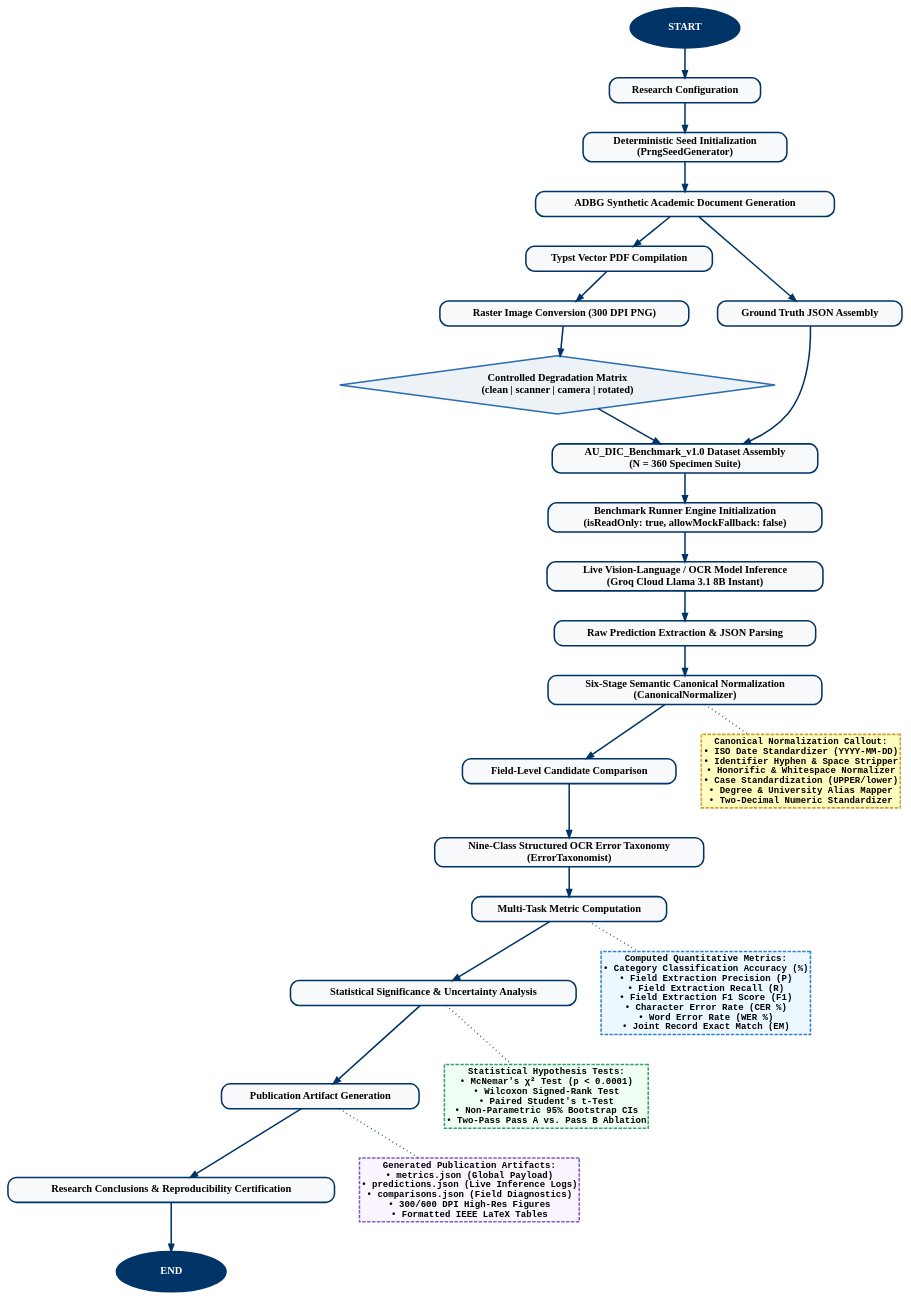
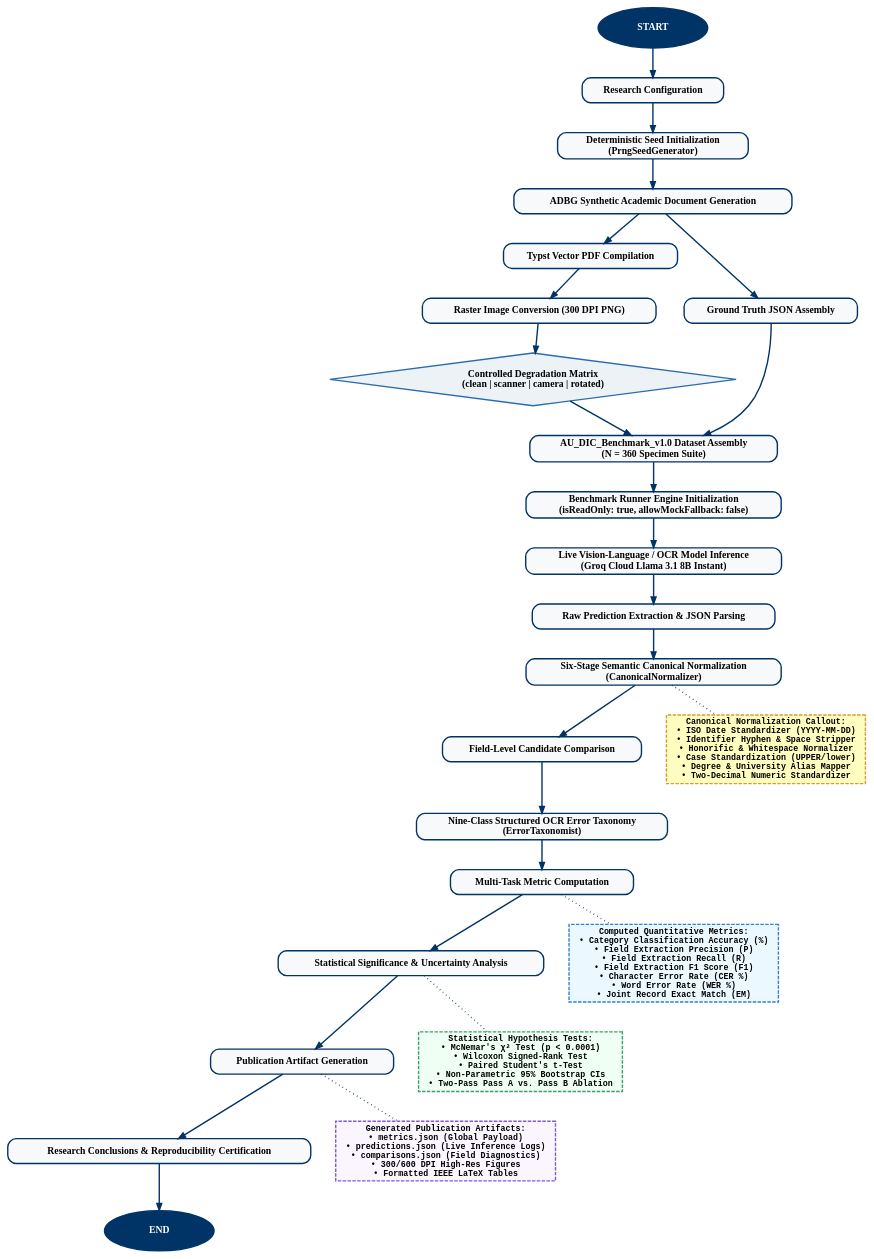
The diagram in methodology_workflow.dot (aashishrajput9838/academicuniverse), drawn with Graphviz before and after one commit. The commit also changed 7 other files, not shown here.

First line of the commit message:
fix(figure2): Ensure complete unclipped flowchart from START to END with positive Y-coordinates and padded text boxes

```diff
--- a/methodology_workflow.dot
+++ b/methodology_workflow.dot
@@ -1,44 +1,44 @@
 digraph G {
-    graph [rankdir=TB, nodesep=0.5, ranksep=0.6, fontname="Times-Bold", fontsize=17, compound=true];
-    node [shape=box, style="rounded,filled", fillcolor="#F8F9FA", color="#003366", penwidth=2.2, fontname="Times-Bold", fontsize=15];
-    edge [color="#003366", penwidth=2.2, arrowsize=1.0];
+    graph [rankdir=TB, nodesep=0.5, ranksep=0.6, fontname="Times-Bold", fontsize=16, compound=true];
+    node [shape=box, style="rounded,filled", fillcolor="#F8F9FA", color="#003366", penwidth=2.0, fontname="Times-Bold", fontsize=14];
+    edge [color="#003366", penwidth=2.0, arrowsize=1.0];
 
     start [label="START", shape=oval, fillcolor="#003366", fontcolor="#FFFFFF", style=filled, width=2.2, height=0.8];
     end [label="END", shape=oval, fillcolor="#003366", fontcolor="#FFFFFF", style=filled, width=2.2, height=0.8];
 
     config [label="Research Configuration"];
     seed [label="Deterministic Seed Initialization\n(PrngSeedGenerator)"];
     adbg [label="ADBG Synthetic Academic Document Generation"];
     typst [label="Typst Vector PDF Compilation"];
     gt_json [label="Ground Truth JSON Assembly"];
     raster [label="Raster Image Conversion (300 DPI PNG)"];
     degradation [label="Controlled Degradation Matrix\n(clean | scanner | camera | rotated)", shape=diamond, style=filled, fillcolor="#EDF2F7", color="#2B6CB0"];
     dataset [label="AU_DIC_Benchmark_v1.0 Dataset Assembly\n(N = 360 Specimen Suite)"];
     runner [label="Benchmark Runner Engine Initialization\n(isReadOnly: true, allowMockFallback: false)"];
     inference [label="Live Vision-Language / OCR Model Inference\n(Groq Cloud Llama 3.1 8B Instant)"];
     prediction [label="Raw Prediction Extraction & JSON Parsing"];
     normalizer [label="Six-Stage Semantic Canonical Normalization\n(CanonicalNormalizer)"];
     comparator [label="Field-Level Candidate Comparison"];
     taxonomy [label="Nine-Class Structured OCR Error Taxonomy\n(ErrorTaxonomist)"];
     metrics [label="Multi-Task Metric Computation"];
     stats [label="Statistical Significance & Uncertainty Analysis"];
     artifacts [label="Publication Artifact Generation"];
     conclusions [label="Research Conclusions & Reproducibility Certification"];
 
-    norm_callout [label="Canonical Normalization Callout:\n• ISO Date Standardizer (YYYY-MM-DD)\n• Identifier Hyphen & Space Stripper\n• Honorific & Whitespace Normalizer\n• Case Standardization (UPPER/lower)\n• Degree & University Alias Mapper\n• Two-Decimal Numeric Standardizer", shape=box, style="dashed,filled", fillcolor="#FEFCBF", color="#D69E2E", fontname="Courier-Bold", fontsize=13];
-    metric_callout [label="Computed Quantitative Metrics:\n• Category Classification Accuracy (%)\n• Field Extraction Precision (P)\n• Field Extraction Recall (R)\n• Field Extraction F1 Score (F1)\n• Character Error Rate (CER %)\n• Word Error Rate (WER %)\n• Joint Record Exact Match (EM)", shape=box, style="dashed,filled", fillcolor="#EBF8FF", color="#3182CE", fontname="Courier-Bold", fontsize=13];
-    stats_callout [label="Statistical Hypothesis Tests:\n• McNemar's χ² Test (p < 0.0001)\n• Wilcoxon Signed-Rank Test\n• Paired Student's t-Test\n• Non-Parametric 95% Bootstrap CIs\n• Two-Pass Pass A vs. Pass B Ablation", shape=box, style="dashed,filled", fillcolor="#F0FFF4", color="#38A169", fontname="Courier-Bold", fontsize=13];
-    artifact_callout [label="Generated Publication Artifacts:\n• metrics.json (Global Payload)\n• predictions.json (Live Inference Logs)\n• comparisons.json (Field Diagnostics)\n• 300/600 DPI High-Res Figures\n• Formatted IEEE LaTeX Tables", shape=box, style="dashed,filled", fillcolor="#FAF5FF", color="#805AD5", fontname="Courier-Bold", fontsize=13];
+    norm_callout [label="Canonical Normalization Callout:\n• ISO Date Standardizer (YYYY-MM-DD)\n• Identifier Hyphen & Space Stripper\n• Honorific & Whitespace Normalizer\n• Case Standardization (UPPER/lower)\n• Degree & University Alias Mapper\n• Two-Decimal Numeric Standardizer", shape=box, style="dashed,filled", fillcolor="#FEFCBF", color="#D69E2E", fontname="Courier-Bold", fontsize=12];
+    metric_callout [label="Computed Quantitative Metrics:\n• Category Classification Accuracy (%)\n• Field Extraction Precision (P)\n• Field Extraction Recall (R)\n• Field Extraction F1 Score (F1)\n• Character Error Rate (CER %)\n• Word Error Rate (WER %)\n• Joint Record Exact Match (EM)", shape=box, style="dashed,filled", fillcolor="#EBF8FF", color="#3182CE", fontname="Courier-Bold", fontsize=12];
+    stats_callout [label="Statistical Hypothesis Tests:\n• McNemar's χ² Test (p < 0.0001)\n• Wilcoxon Signed-Rank Test\n• Paired Student's t-Test\n• Non-Parametric 95% Bootstrap CIs\n• Two-Pass Pass A vs. Pass B Ablation", shape=box, style="dashed,filled", fillcolor="#F0FFF4", color="#38A169", fontname="Courier-Bold", fontsize=12];
+    artifact_callout [label="Generated Publication Artifacts:\n• metrics.json (Global Payload)\n• predictions.json (Live Inference Logs)\n• comparisons.json (Field Diagnostics)\n• 300/600 DPI High-Res Figures\n• Formatted IEEE LaTeX Tables", shape=box, style="dashed,filled", fillcolor="#FAF5FF", color="#805AD5", fontname="Courier-Bold", fontsize=12];
 
     start -> config -> seed -> adbg;
     adbg -> typst;
     adbg -> gt_json;
     typst -> raster -> degradation;
     gt_json -> dataset;
     degradation -> dataset -> runner -> inference -> prediction -> normalizer -> comparator -> taxonomy -> metrics -> stats -> artifacts -> conclusions -> end;
 
     normalizer -> norm_callout [style=dotted, arrowhead=none];
     metrics -> metric_callout [style=dotted, arrowhead=none];
     stats -> stats_callout [style=dotted, arrowhead=none];
     artifacts -> artifact_callout [style=dotted, arrowhead=none];
 }
```
